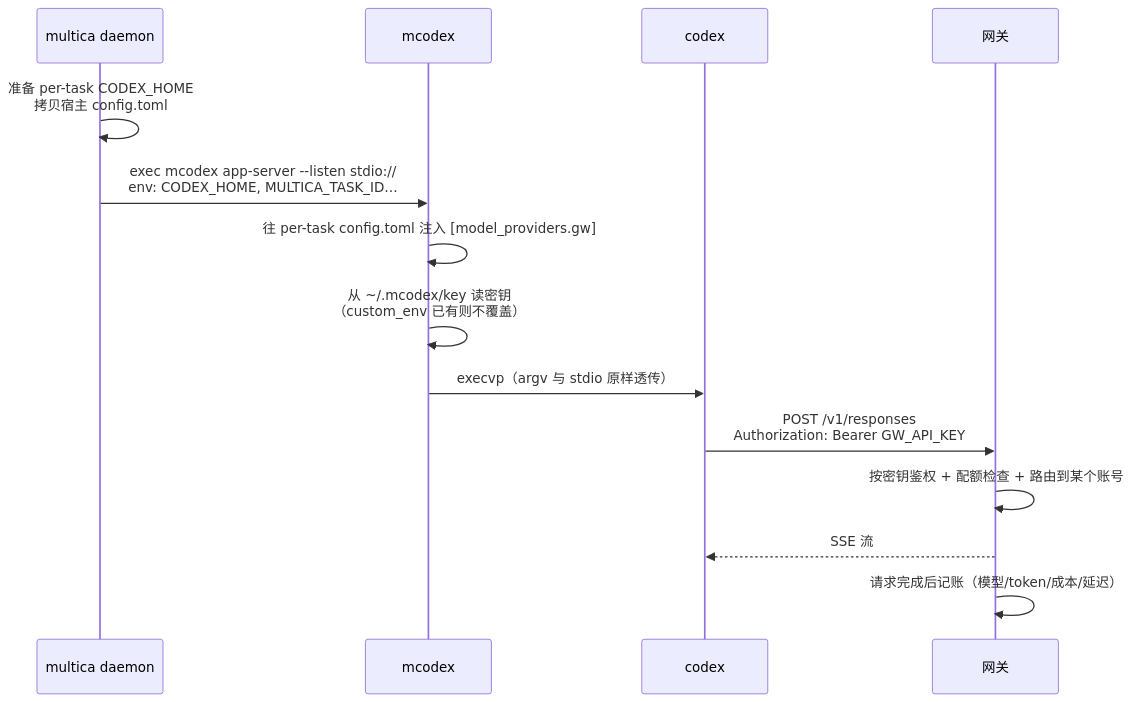
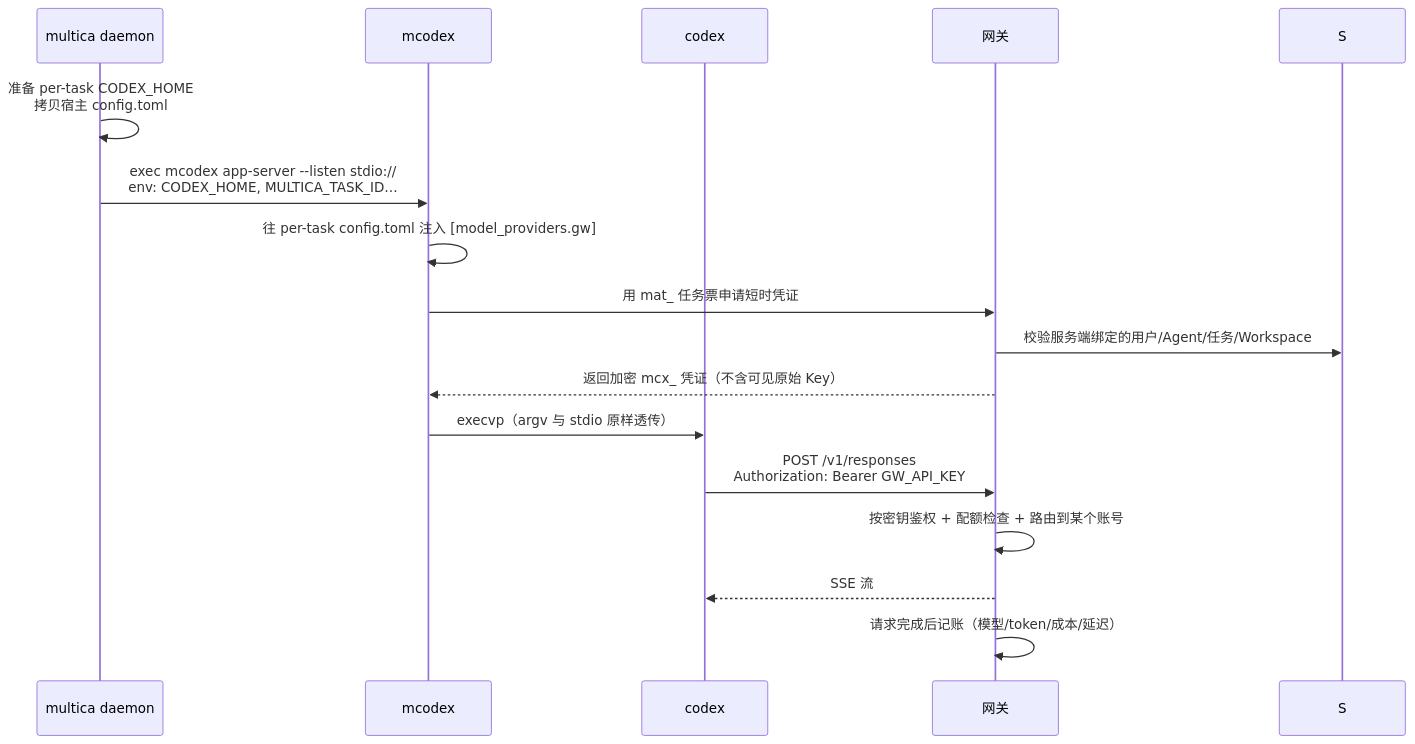
Before and after one commit to chekdata/corp-codex-pool: the second of 2 diagrams in README.md, drawn with Mermaid. The commit also changed other lines of this file and 9 other files, not shown here.

````diff
--- a/README.md
+++ b/README.md
@@ -108,17 +103,19 @@
 ```mermaid
 sequenceDiagram
     participant D as multica daemon
     participant M as mcodex
     participant C as codex
     participant G as 网关
 
     D->>D: 准备 per-task CODEX_HOME<br/>拷贝宿主 config.toml
     D->>M: exec mcodex app-server --listen stdio://<br/>env: CODEX_HOME, MULTICA_TASK_ID…
     M->>M: 往 per-task config.toml 注入 [model_providers.gw]
-    M->>M: 从 ~/.mcodex/key 读密钥<br/>（custom_env 已有则不覆盖）
+    M->>G: 用 mat_ 任务票申请短时凭证
+    G->>S: 校验服务端绑定的用户/Agent/任务/Workspace
+    G-->>M: 返回加密 mcx_ 凭证（不含可见原始 Key）
     M->>C: execvp（argv 与 stdio 原样透传）
     C->>G: POST /v1/responses<br/>Authorization: Bearer GW_API_KEY
     G->>G: 按密钥鉴权 + 配额检查 + 路由到某个账号
     G-->>C: SSE 流
     G->>G: 请求完成后记账（模型/token/成本/延迟）
 ```
````
